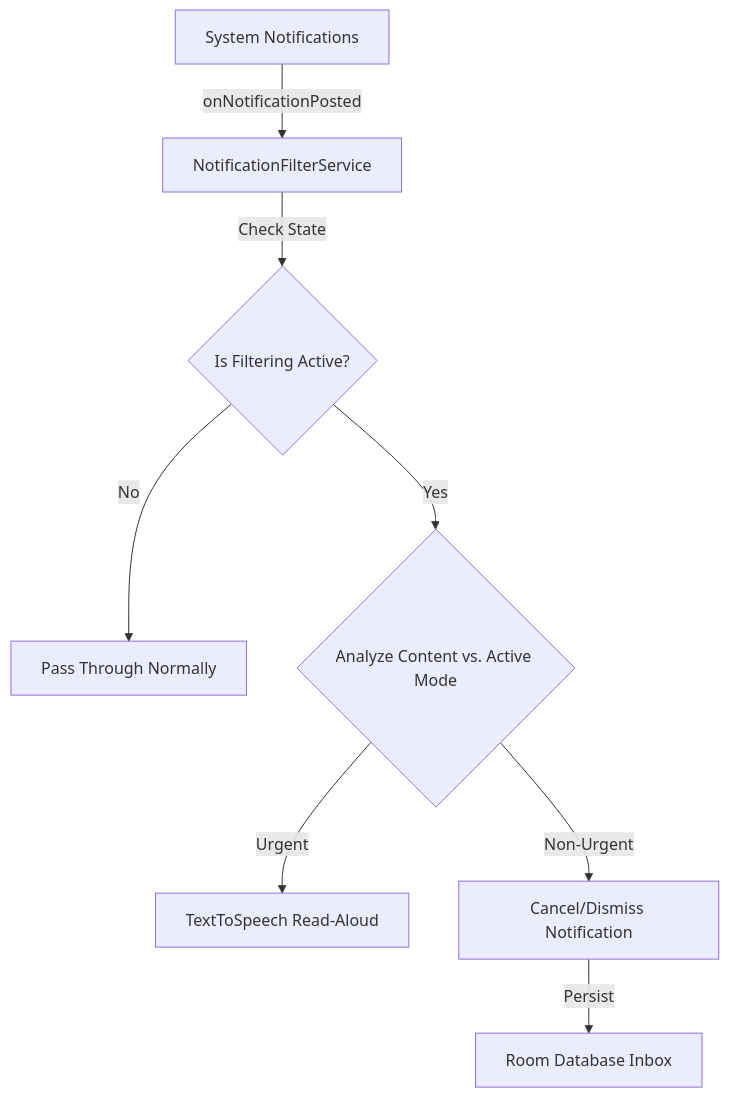
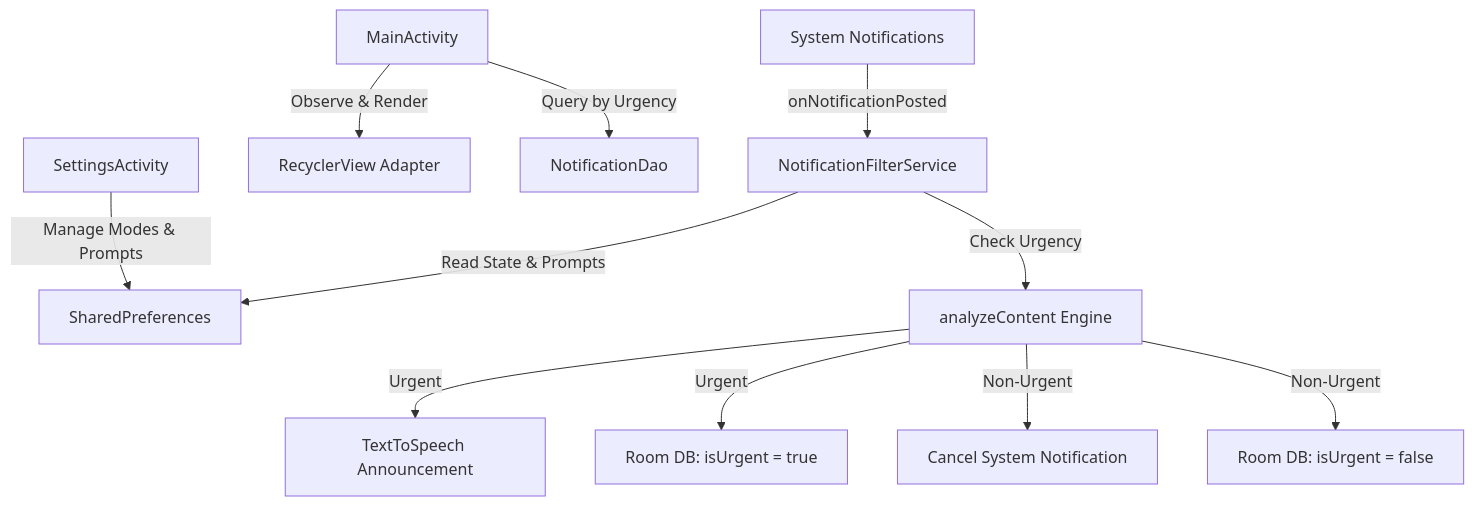
One commit to gnanaswaroop/FocusRefine changed the diagram in docs/internals.md. Above: the diagram before and after it, drawn with Mermaid. The commit also changed other lines of this file and 1 other file, not shown here.

````diff
--- a/docs/internals.md
+++ b/docs/internals.md
@@ -9,10 +9,13 @@
 ```mermaid
 graph TD
     A[System Notifications] -->|onNotificationPosted| B[NotificationFilterService]
-    B -->|Check State| C{Is Filtering Active?}
-    C -->|No| D[Pass Through Normally]
-    C -->|Yes| E{Analyze Content vs. Active Mode}
-    E -->|Urgent| F[TextToSpeech Read-Aloud]
-    E -->|Non-Urgent| G[Cancel/Dismiss Notification]
-    G -->|Persist| H[Room Database Inbox]
+    B -->|Read State & Prompts| C[SharedPreferences]
+    B -->|Check Urgency| D[analyzeContent Engine]
+    D -->|Urgent| E[TextToSpeech Announcement]
+    D -->|Urgent| F[Room DB: isUrgent = true]
+    D -->|Non-Urgent| G[Cancel System Notification]
+    D -->|Non-Urgent| H[Room DB: isUrgent = false]
+    I[MainActivity] -->|Observe & Render| J[RecyclerView Adapter]
+    I -->|Query by Urgency| K[NotificationDao]
+    L[SettingsActivity] -->|Manage Modes & Prompts| C
 ```
````
